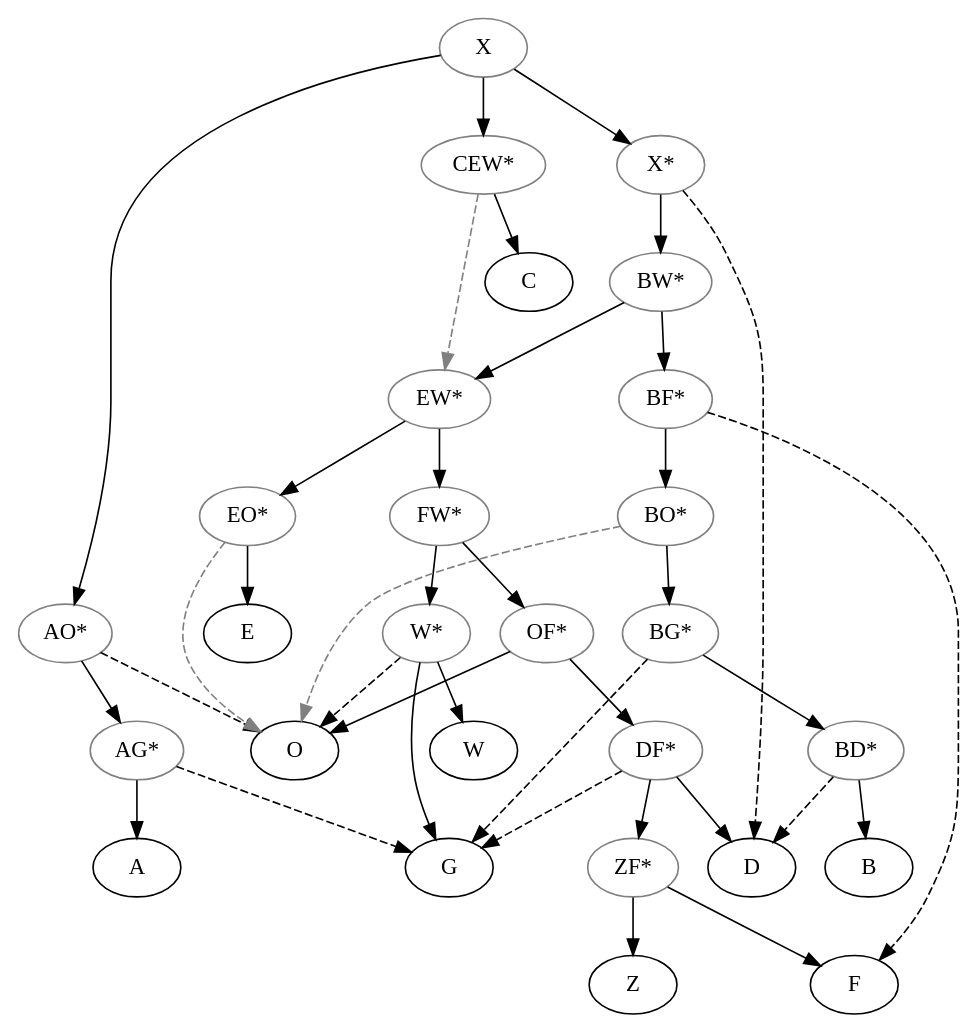
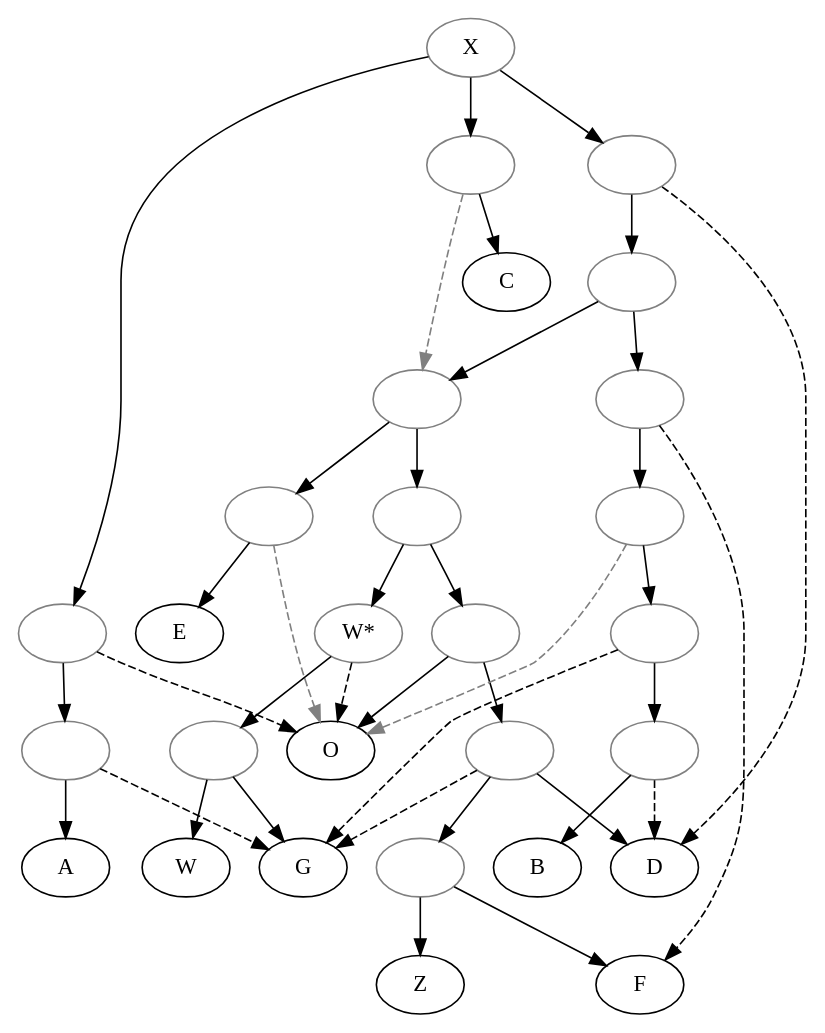
One commit to OpenStemmata/database changed the diagram in data/dum/VerdamLeendertz_1918_MartijnTrilogy/stemma.gv. Above: the diagram before and after it, drawn with Graphviz.

Commit message:
Removed labels

```diff
--- a/data/dum/VerdamLeendertz_1918_MartijnTrilogy/stemma.gv
+++ b/data/dum/VerdamLeendertz_1918_MartijnTrilogy/stemma.gv
@@ -1,67 +1,66 @@
 digraph {
 
-    # To refactor nodes, place the cursor left to a node name
     X -> AOprime;
     X -> CEWprime;
     X -> Xprime;
     AOprime -> AGprime;
     AGprime -> A
     CEWprime -> C
     EWprime -> EOprime
     EWprime -> FWprime
     EOprime -> E 
     FWprime -> Wprime
     FWprime -> OFprime
-    Wprime -> W
-    Wprime -> G
+    Wprime -> Wsecond;
+    Wsecond -> W
+    Wsecond -> G
     OFprime -> O
     OFprime -> DFprime
     DFprime -> ZFprime
     DFprime -> D
     ZFprime -> Z
     ZFprime -> F
-   
+
     Xprime -> BWprime
     BWprime -> EWprime
     BWprime -> BFprime
     BFprime -> BOprime
     BOprime -> BGprime
     BGprime -> BDprime
     BDprime -> B
 
     #contamination
     AOprime -> O [style="dashed"]
     CEWprime -> EWprime[color="grey", style="dashed"]
     Xprime -> D [style="dashed"] 
     AGprime -> G [style="dashed"]    
     EOprime -> O [color="grey", style="dashed"]
     Wprime -> O [style="dashed"]
     DFprime -> G [style="dashed"]
     BOprime -> O [color="grey", style="dashed"]
     BGprime -> G [style="dashed"]
     BFprime -> F [style="dashed"]
     BDprime -> D [style="dashed"]
 
 
-# Grey color is used for hypothetical nodes; labels can be redefined if needed
     X [color="grey"];
-    AOprime [color="grey", label="AO*"]; 
-    CEWprime [color="grey", label="CEW*"];
-    Xprime[color="grey", label="X*"];
-    AOprime[color="grey", label="AO*"]
-    AGprime[color="grey", label="AG*"]
-    EWprime[color="grey", label="EW*"]
-    EOprime[color="grey", label="EO*"]
-    FWprime[color="grey", label="FW*"]
+    AOprime [color="grey", label="AO*"];
+    CEWprime [color="grey", label=""];
+    Xprime[color="grey", label=""];
+    AOprime[color="grey", label=""]
+    AGprime[color="grey", label=""]
+    EWprime[color="grey", label=""]
+    EOprime[color="grey", label=""]
+    FWprime[color="grey", label=""]
     Wprime[color="grey", label="W*"]
-    OFprime[color="grey", label="OF*"]
-    DFprime[color="grey", label="DF*"]
-    ZFprime[color="grey", label="ZF*"]
-    BWprime[color="grey", label="BW*"]
-    BFprime[color="grey", label="BF*"]
-    BOprime[color="grey", label="BO*"]
-    BGprime[color="grey", label="BG*"]
-    BDprime[color="grey", label="BD*"]
-
+    Wsecond[color="grey", label=""]
+    OFprime[color="grey", label=""]
+    DFprime[color="grey", label=""]
+    ZFprime[color="grey", label=""]
+    BWprime[color="grey", label=""]
+    BFprime[color="grey", label=""]
+    BOprime[color="grey", label=""]
+    BGprime[color="grey", label=""]
+    BDprime[color="grey", label=""]
 
 }
```
